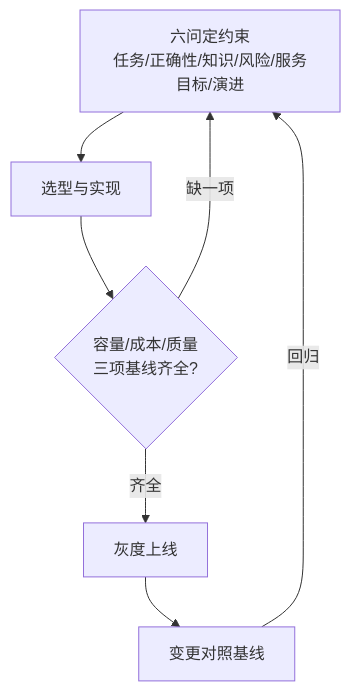
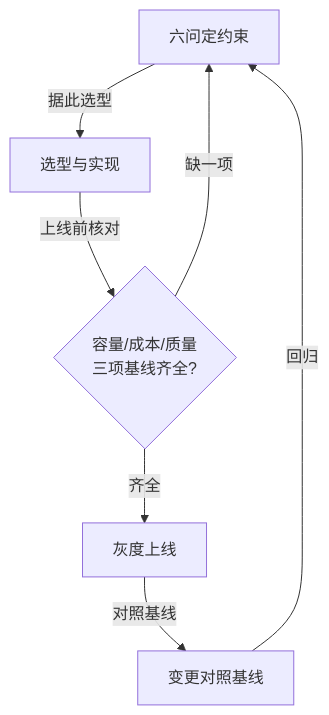
One commit to hub138/technical-knowledge changed the sixth of 6 diagrams in vault/工程知识/AI 系统工程：从模型能力到生产能力/AI系统工程：把模型能力变成生产能力.md. Above: the diagram before and after it, drawn with Mermaid. The commit also changed other lines of this file and 622 other files, not shown here.

````diff
--- a/vault/工程知识/AI 系统工程：从模型能力到生产能力/AI系统工程：把模型能力变成生产能力.md
+++ b/vault/工程知识/AI 系统工程：从模型能力到生产能力/AI系统工程：把模型能力变成生产能力.md
@@ -141,9 +176,9 @@
 ```mermaid
 flowchart TD
-    A[六问定约束<br/>任务/正确性/知识/风险/服务目标/演进] --> B[选型与实现]
-    B --> C{容量/成本/质量<br/>三项基线齐全?}
+    A[六问定约束] -->|据此选型| B[选型与实现]
+    B -->|上线前核对| C{容量/成本/质量<br/>三项基线齐全?}
     C -->|缺一项| A
     C -->|齐全| D[灰度上线]
-    D --> E[变更对照基线]
+    D -->|对照基线| E[变更对照基线]
     E -->|回归| A
 ```
````
